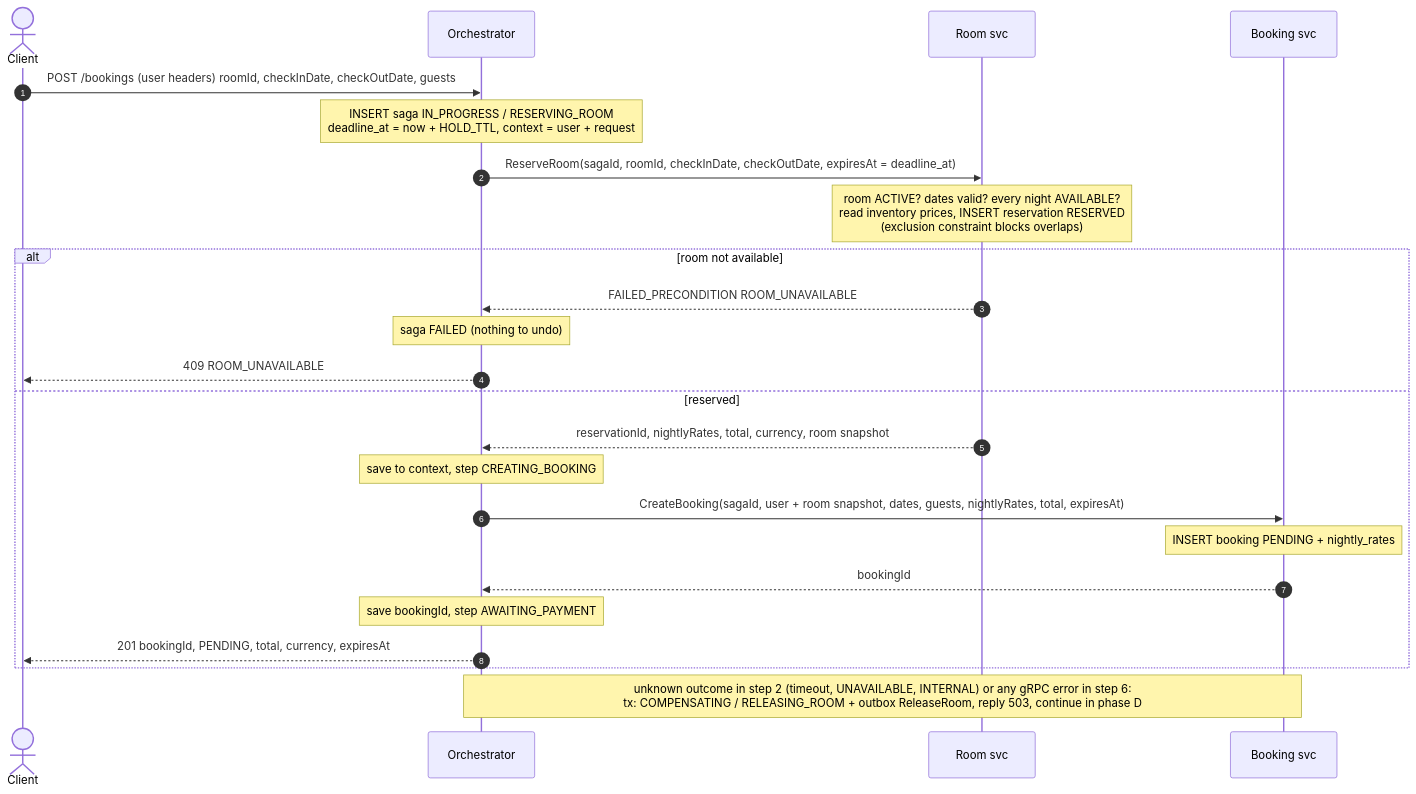
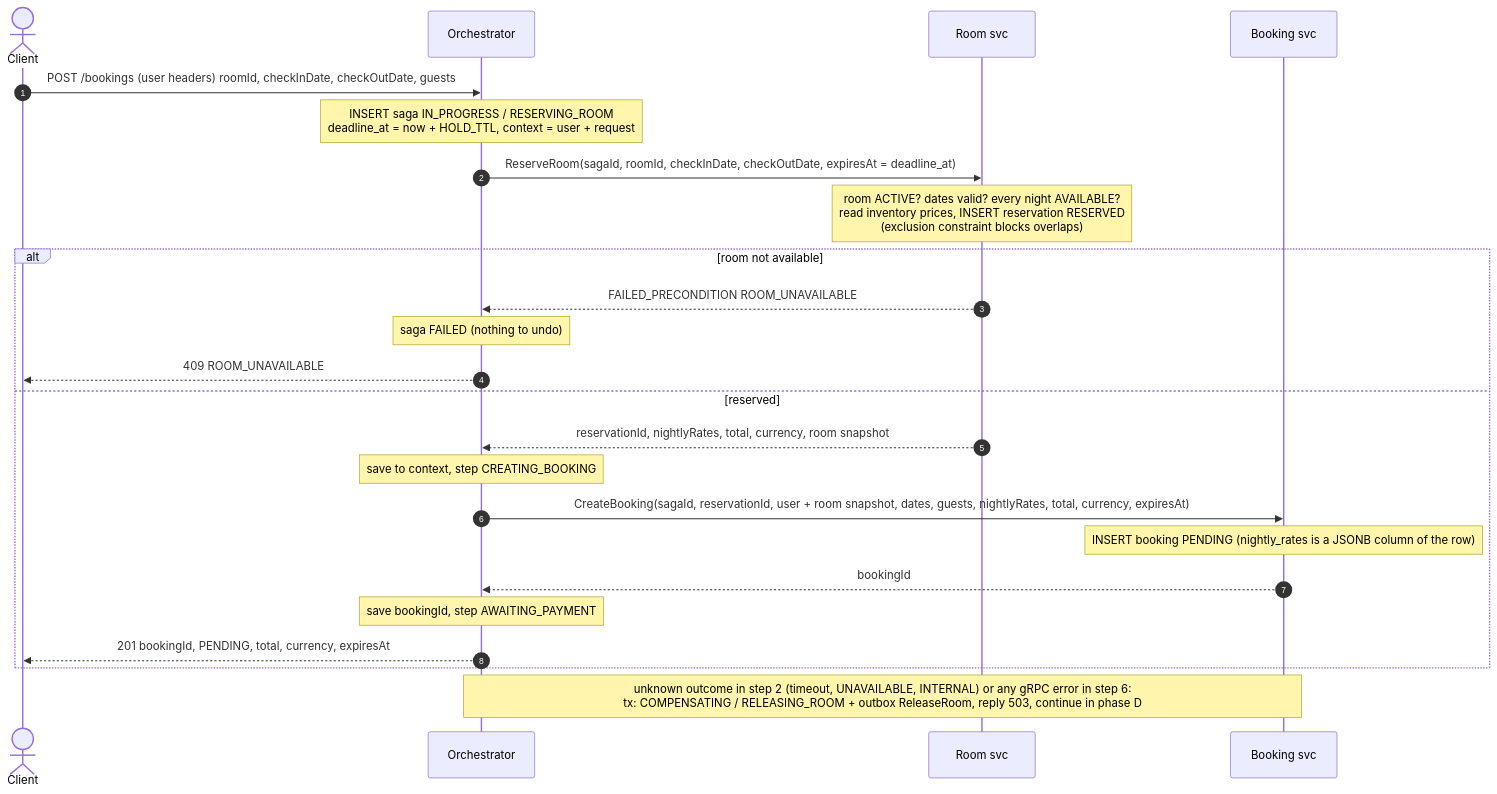
Before and after one commit to TranQuangPhong/hotel-booking-hexagon: the first of 5 diagrams in doc/uc1-create-booking/flows.md, drawn with Mermaid. The commit also changed 9 other files, not shown here.

````diff
--- a/doc/uc1-create-booking/flows.md
+++ b/doc/uc1-create-booking/flows.md
@@ -12,27 +12,27 @@
 ```mermaid
 sequenceDiagram
     autonumber
     actor C as Client
     participant O as Orchestrator
     participant R as Room svc
     participant B as Booking svc
 
     C->>O: POST /bookings (user headers) roomId, checkInDate, checkOutDate, guests
     Note over O: INSERT saga IN_PROGRESS / RESERVING_ROOM<br/>deadline_at = now + HOLD_TTL, context = user + request
     O->>R: ReserveRoom(sagaId, roomId, checkInDate, checkOutDate, expiresAt = deadline_at)
     Note over R: room ACTIVE? dates valid? every night AVAILABLE?<br/>read inventory prices, INSERT reservation RESERVED<br/>(exclusion constraint blocks overlaps)
     alt room not available
         R-->>O: FAILED_PRECONDITION ROOM_UNAVAILABLE
         Note over O: saga FAILED (nothing to undo)
         O-->>C: 409 ROOM_UNAVAILABLE
     else reserved
         R-->>O: reservationId, nightlyRates, total, currency, room snapshot
         Note over O: save to context, step CREATING_BOOKING
-        O->>B: CreateBooking(sagaId, user + room snapshot, dates, guests, nightlyRates, total, expiresAt)
-        Note over B: INSERT booking PENDING + nightly_rates
+        O->>B: CreateBooking(sagaId, reservationId, user + room snapshot, dates, guests, nightlyRates, total, currency, expiresAt)
+        Note over B: INSERT booking PENDING (nightly_rates is a JSONB column of the row)
         B-->>O: bookingId
         Note over O: save bookingId, step AWAITING_PAYMENT
         O-->>C: 201 bookingId, PENDING, total, currency, expiresAt
     end
     Note over O,B: unknown outcome in step 2 (timeout, UNAVAILABLE, INTERNAL) or any gRPC error in step 6:<br/>tx: COMPENSATING / RELEASING_ROOM + outbox ReleaseRoom, reply 503, continue in phase D
 ```
````
